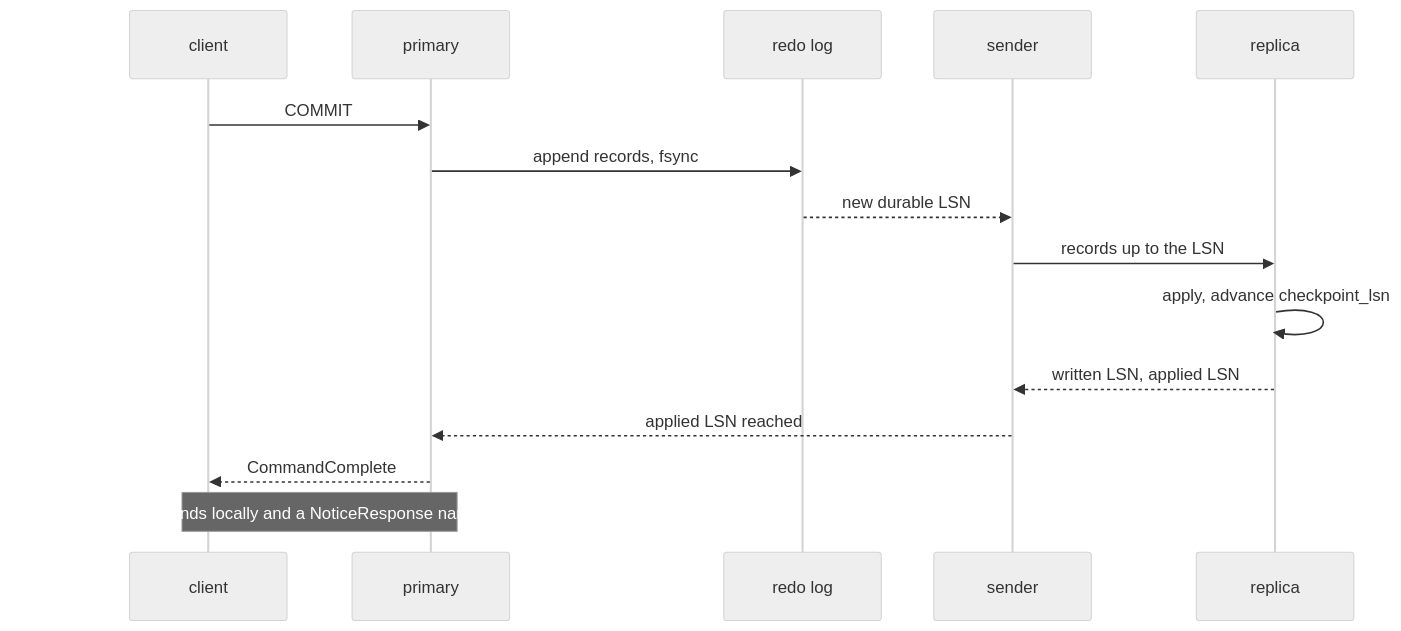
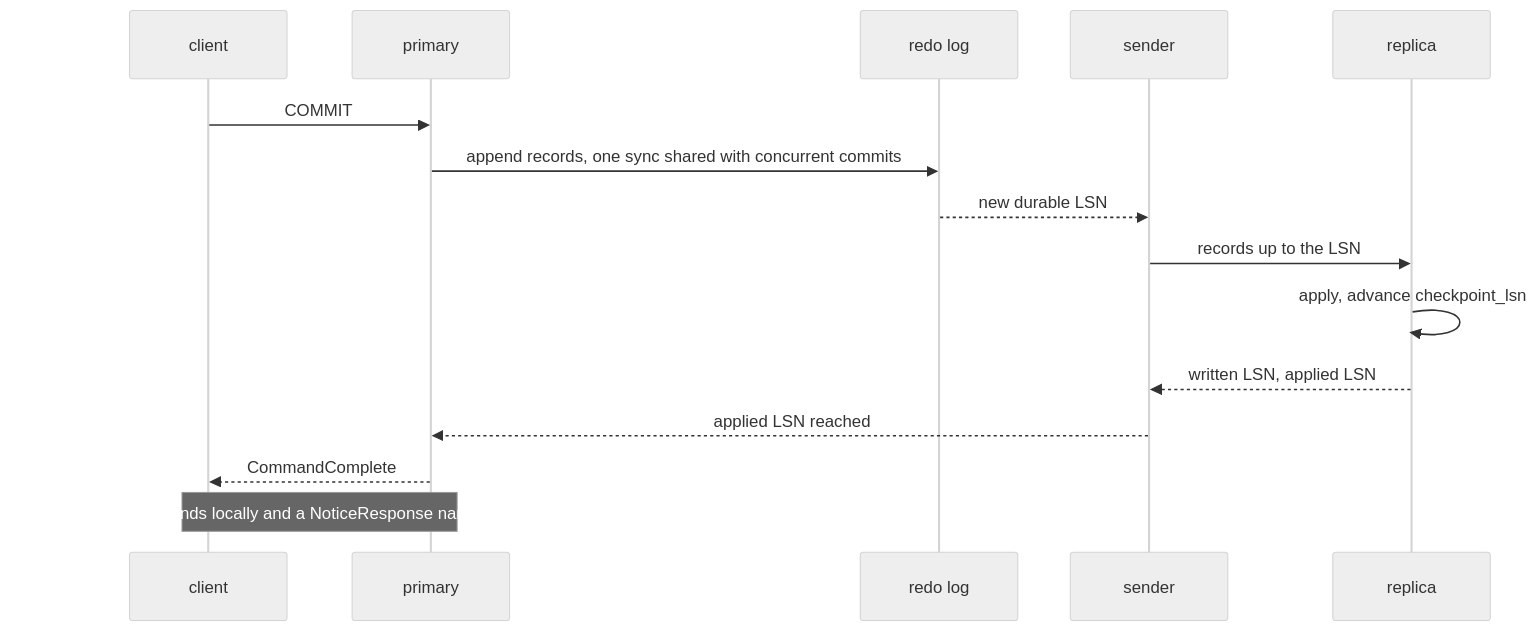
The third of 3 diagrams in tasks/task-1998-postgres-parity-tdd.md (jasonmcaffee/inillucent), drawn with Mermaid (neutral theme) before and after one commit. The commit also changed other lines of this file and 1 other file, not shown here.

````diff
--- a/tasks/task-1998-postgres-parity-tdd.md
+++ b/tasks/task-1998-postgres-parity-tdd.md
@@ -711,17 +700,17 @@
 ```mermaid
 sequenceDiagram
     participant C as client
     participant P as primary
     participant W as redo log
     participant S as sender
     participant R as replica
     C->>P: COMMIT
-    P->>W: append records, fsync
+    P->>W: append records, one sync shared with concurrent commits
     W-->>S: new durable LSN
     S->>R: records up to the LSN
     R->>R: apply, advance checkpoint_lsn
     R-->>S: written LSN, applied LSN
     S-->>P: applied LSN reached
     P-->>C: CommandComplete
     Note over P,C: on timeout, commit stands locally and a NoticeResponse names the mode reached
 ```
````
